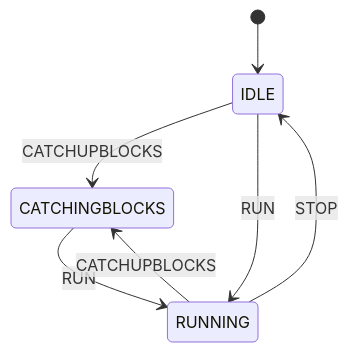
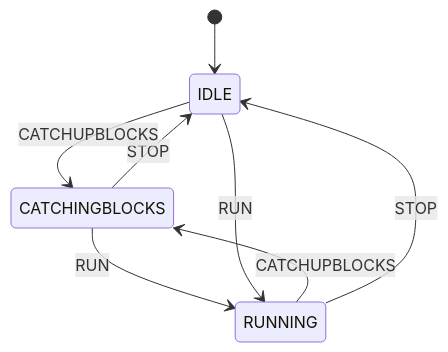
One commit to oskarszoon/teranode changed the diagram in docs/state-machine.diagram.md. Above: the diagram before and after it, drawn with Mermaid. The commit also changed 33 other files, not shown here.

````diff
--- a/docs/state-machine.diagram.md
+++ b/docs/state-machine.diagram.md
@@ -5,9 +5,10 @@
 ```mermaid
 stateDiagram-v2
     [*] --> IDLE
     CATCHINGBLOCKS --> RUNNING: RUN
+    CATCHINGBLOCKS --> IDLE: STOP
     IDLE --> CATCHINGBLOCKS: CATCHUPBLOCKS
     IDLE --> RUNNING: RUN
     RUNNING --> CATCHINGBLOCKS: CATCHUPBLOCKS
     RUNNING --> IDLE: STOP
 ```
````
